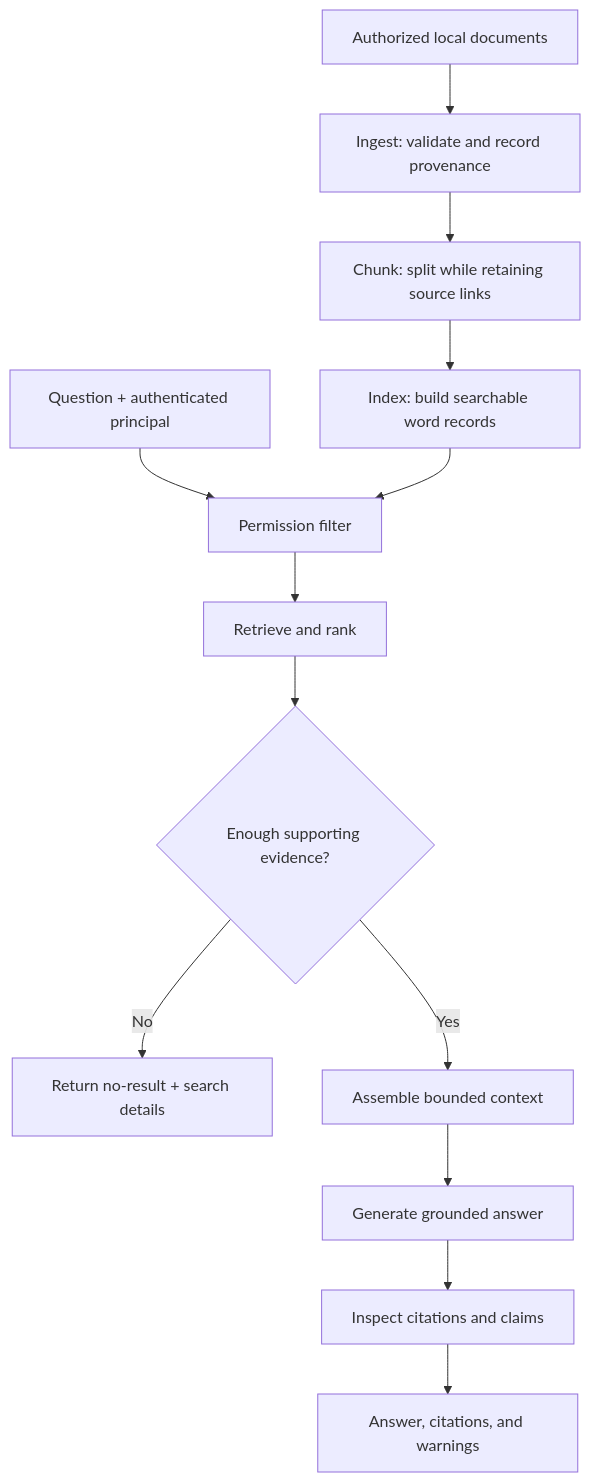
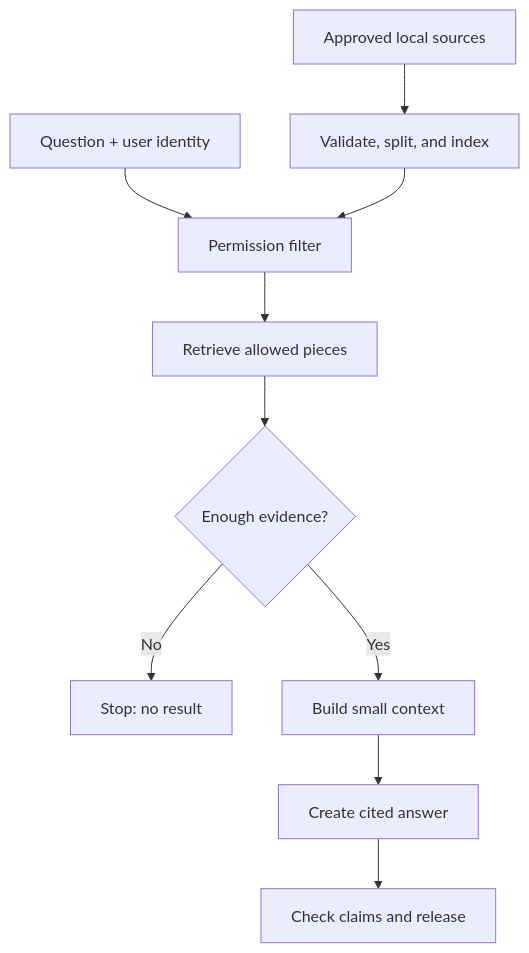
Before and after one commit to VikrantSingh01/Agentic_System_Design: the second of 3 diagrams in modules/03-context-knowledge-memory/chapters/10-rag-foundations.md, drawn with Mermaid. The commit also changed other lines of this file and 5 other files, not shown here.

Commit message:
Improve Module 3 diagram accessibility

````diff
--- a/modules/03-context-knowledge-memory/chapters/10-rag-foundations.md
+++ b/modules/03-context-knowledge-memory/chapters/10-rag-foundations.md
@@ -86,15 +89,12 @@
 ```mermaid
 flowchart TD
-    A["Authorized local documents"] --> B["Ingest: validate and record provenance"]
-    B --> C["Chunk: split while retaining source links"]
-    C --> D["Index: build searchable word records"]
-    Q["Question + authenticated principal"] --> P["Permission filter"]
-    D --> P
-    P --> R["Retrieve and rank"]
-    R --> S{"Enough supporting evidence?"}
-    S -- "No" --> N["Return no-result + search details"]
-    S -- "Yes" --> X["Assemble bounded context"]
-    X --> G["Generate grounded answer"]
-    G --> V["Inspect citations and claims"]
-    V --> O["Answer, citations, and warnings"]
+    A["Approved local sources"] --> B["Validate, split, and index"]
+    Q["Question + user identity"] --> P["Permission filter"]
+    B --> P
+    P --> R["Retrieve allowed pieces"]
+    R --> S{"Enough evidence?"}
+    S -- "No" --> N["Stop: no result"]
+    S -- "Yes" --> X["Build small context"]
+    X --> G["Create cited answer"]
+    G --> V["Check claims and release"]
 ```
````
